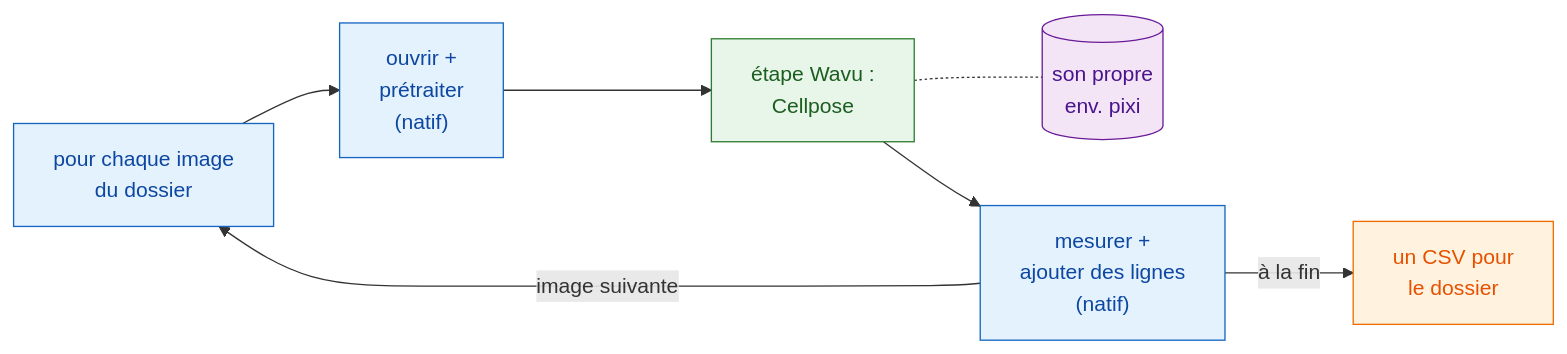
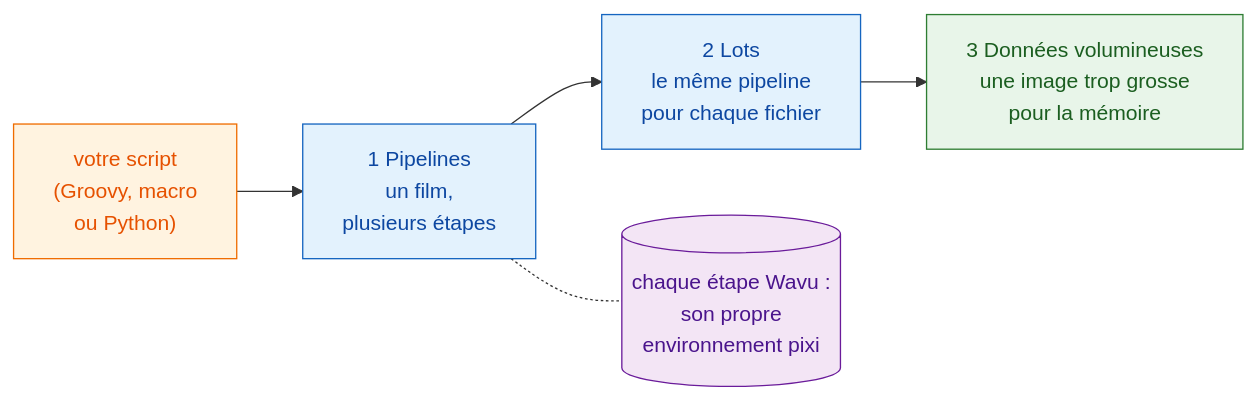
Before and after one commit to Oxford-Zeiss-Centre-of-Excellence/Wavu: the diagram in guide/workflows/index.fr.md, drawn with Mermaid. The commit also changed other lines of this file and 104 other files, not shown here.

````diff
--- a/guide/workflows/index.fr.md
+++ b/guide/workflows/index.fr.md
@@ -29,18 +53,15 @@
 ```mermaid
 flowchart LR
-    L["pour chaque image<br/>du dossier"]:::fiji
-    O["ouvrir +<br/>prétraiter<br/>(natif)"]:::fiji
-    W["étape Wavu :<br/>Cellpose"]:::worker
-    E[("son propre<br/>env. pixi")]:::env
-    M["mesurer +<br/>ajouter des lignes<br/>(natif)"]:::fiji
-    C["un CSV pour<br/>le dossier"]:::script
-    L --> O --> W --> M
-    M -- "image suivante" --> L
-    W -.- E
-    M -- "à la fin" --> C
+    S["votre script<br/>(Groovy, macro<br/>ou Python)"]:::script
+    P["1 Pipelines<br/>un film,<br/>plusieurs étapes"]:::fiji
+    B["2 Lots<br/>le même pipeline<br/>pour chaque fichier"]:::fiji
+    L["3 Données volumineuses<br/>une image trop grosse<br/>pour la mémoire"]:::worker
+    E[("chaque étape Wavu :<br/>son propre<br/>environnement pixi")]:::env
+    S --> P --> B --> L
+    P -.- E
 
     classDef fiji   fill:#e3f2fd,stroke:#1565c0,color:#0d47a1
     classDef worker fill:#e8f5e9,stroke:#2e7d32,color:#1b5e20
     classDef script fill:#fff3e0,stroke:#ef6c00,color:#e65100
     classDef env    fill:#f3e5f5,stroke:#6a1b9a,color:#4a148c
 ```
````
